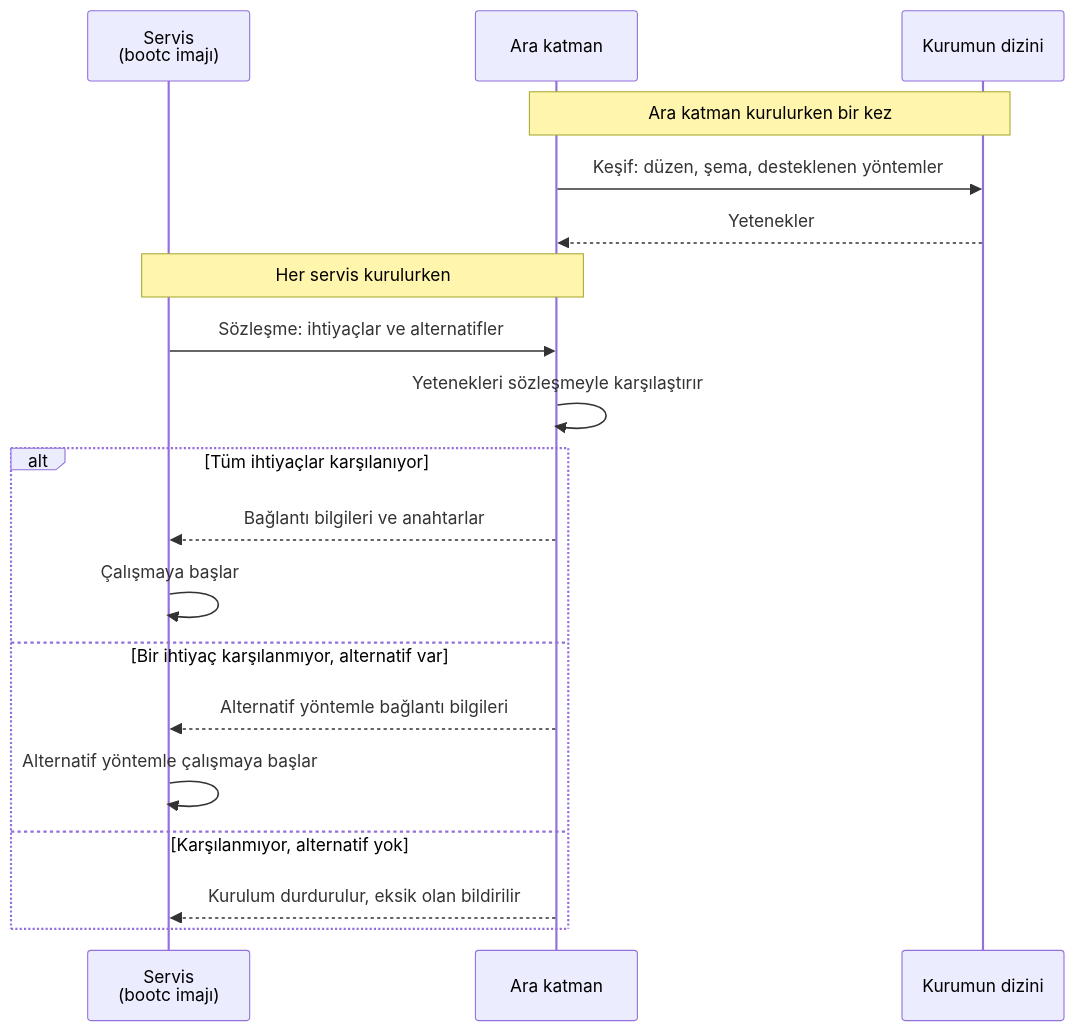
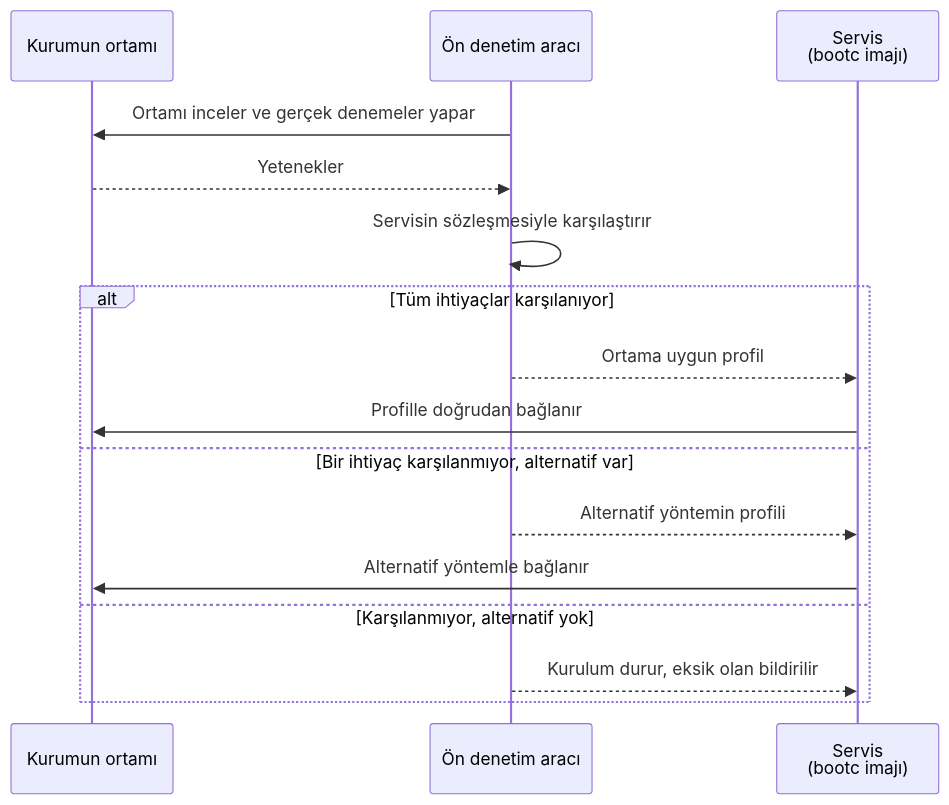
One commit to Librenfra/librenfra changed the second of 2 diagrams in docs/03-entegrasyon.md. Above: the diagram before and after it, drawn with Mermaid. The commit also changed other lines of this file and 2 other files, not shown here.

````diff
--- a/docs/03-entegrasyon.md
+++ b/docs/03-entegrasyon.md
@@ -214,23 +103,19 @@
 ```mermaid
 sequenceDiagram
+    participant K as Kurumun ortamı
+    participant O as Ön denetim aracı
     participant S as Servis<br/>(bootc imajı)
-    participant A as Ara katman
-    participant D as Kurumun dizini
 
-    Note over A,D: Ara katman kurulurken bir kez
-    A->>D: Keşif: düzen, şema, desteklenen yöntemler
-    D-->>A: Yetenekler
-
-    Note over S,A: Her servis kurulurken
-    S->>A: Sözleşme: ihtiyaçlar ve alternatifler
-    A->>A: Yetenekleri sözleşmeyle karşılaştırır
+    O->>K: Ortamı inceler ve gerçek denemeler yapar
+    K-->>O: Yetenekler
+    O->>O: Servisin sözleşmesiyle karşılaştırır
     alt Tüm ihtiyaçlar karşılanıyor
-        A-->>S: Bağlantı bilgileri ve anahtarlar
-        S->>S: Çalışmaya başlar
+        O-->>S: Ortama uygun profil
+        S->>K: Profille doğrudan bağlanır
     else Bir ihtiyaç karşılanmıyor, alternatif var
-        A-->>S: Alternatif yöntemle bağlantı bilgileri
-        S->>S: Alternatif yöntemle çalışmaya başlar
+        O-->>S: Alternatif yöntemin profili
+        S->>K: Alternatif yöntemle bağlanır
     else Karşılanmıyor, alternatif yok
-        A-->>S: Kurulum durdurulur, eksik olan bildirilir
+        O-->>S: Kurulum durur, eksik olan bildirilir
     end
 ```
````
